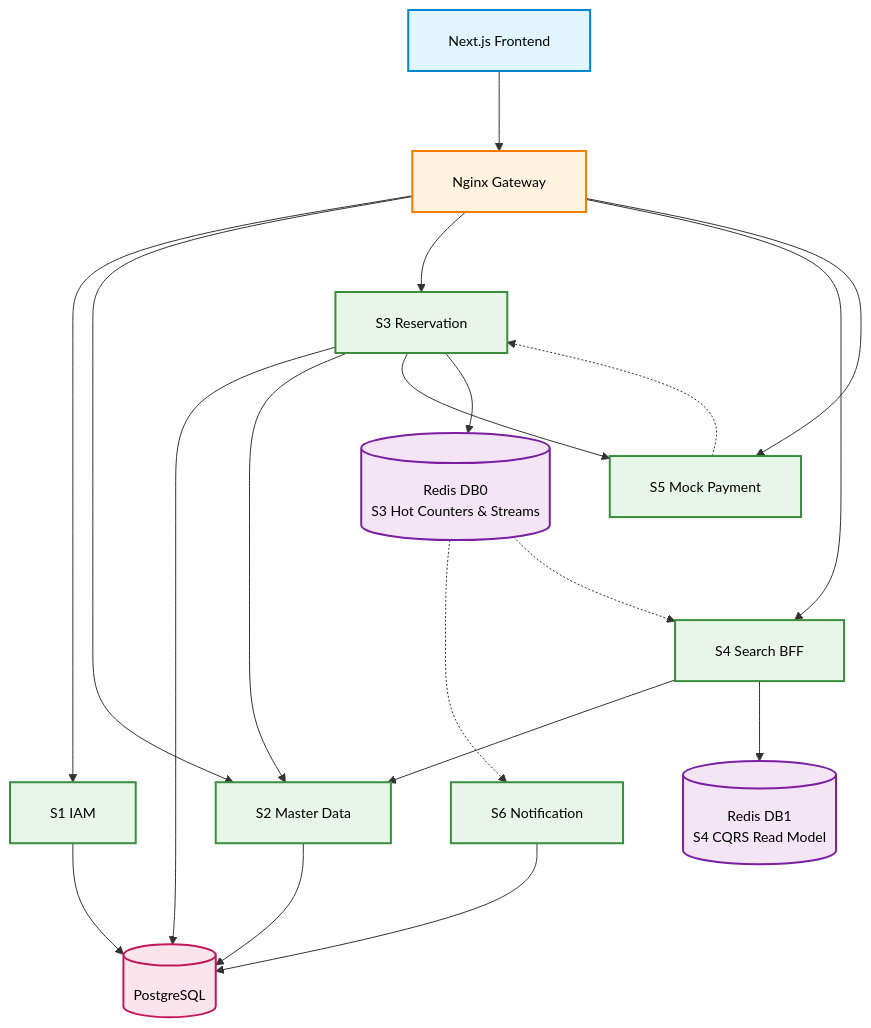
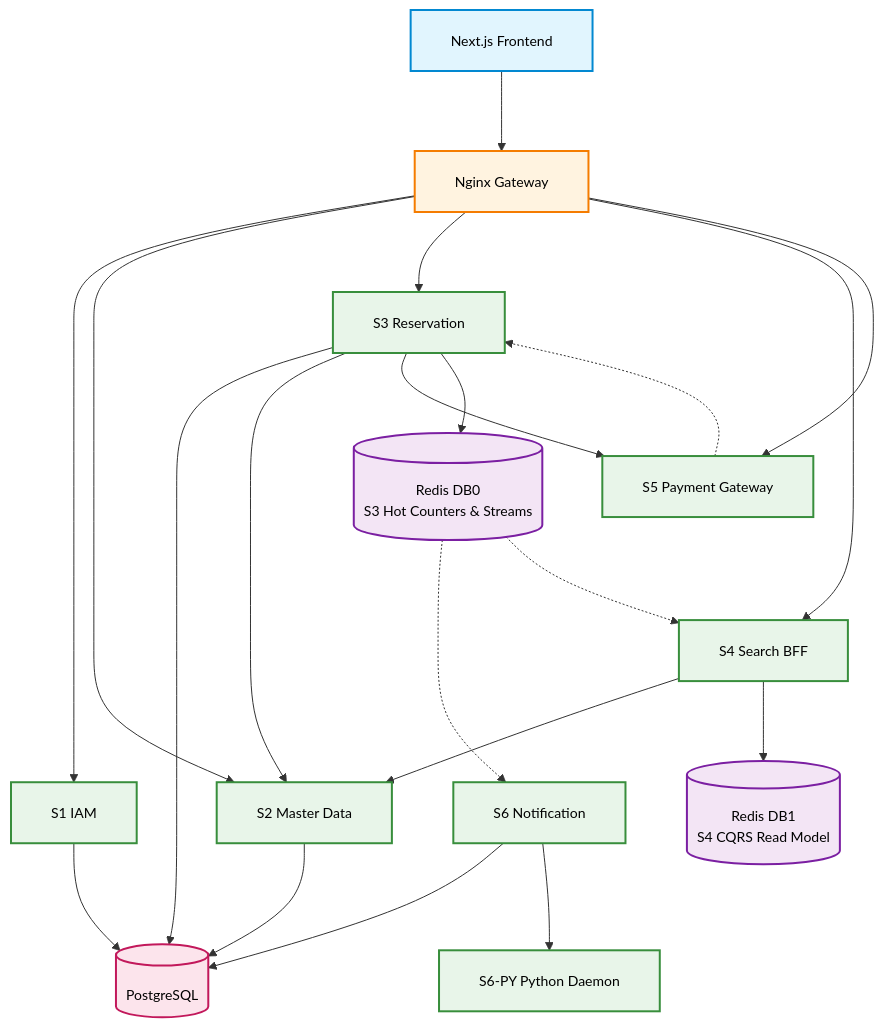
The second of 2 diagrams in docs/phase-1-foundation/wave-2-architecture/SRIS-P1-ARCH-016_ServiceRegistryAndCatalog.md (koushaljhacs/sris), drawn with Mermaid before and after one commit. The commit also changed other lines of this file, not shown here.

````diff
--- a/docs/phase-1-foundation/wave-2-architecture/SRIS-P1-ARCH-016_ServiceRegistryAndCatalog.md
+++ b/docs/phase-1-foundation/wave-2-architecture/SRIS-P1-ARCH-016_ServiceRegistryAndCatalog.md
@@ -340,57 +373,59 @@
 ```mermaid
 %%{init: {
   "flowchart": {
     "nodeSpacing": 60,
     "rankSpacing": 80,
     "padding": 20,
     "curve": "basis",
     "htmlLabels": true
   },
   "themeVariables": {
     "fontSize": "14px",
     "fontFamily": "Segoe UI, Arial, sans-serif"
   }
 }}%%
 flowchart TD
     classDef client fill:#E1F5FE,stroke:#0288D1,stroke-width:2px,color:#000;
     classDef gateway fill:#FFF3E0,stroke:#F57C00,stroke-width:2px,color:#000;
     classDef service fill:#E8F5E9,stroke:#388E3C,stroke-width:2px,color:#000;
     classDef db fill:#FCE4EC,stroke:#C2185B,stroke-width:2px,color:#000;
     classDef stream fill:#F3E5F5,stroke:#7B1FA2,stroke-width:2px,color:#000;
 
     Frontend["Next.js Frontend"]:::client
     Nginx["Nginx Gateway"]:::gateway
 
     S1["S1 IAM"]:::service
     S2["S2 Master Data"]:::service
     S3["S3 Reservation"]:::service
     S4["S4 Search BFF"]:::service
-    S5["S5 Mock Payment"]:::service
+    S5["S5 Payment Gateway"]:::service
     S6["S6 Notification"]:::service
+    S6PY["S6-PY Python Daemon"]:::service
 
     PG[("PostgreSQL")]:::db
     RedisDB0[("Redis DB0<br/>S3 Hot Counters & Streams")]:::stream
     RedisDB1[("Redis DB1<br/>S4 CQRS Read Model")]:::stream
 
     Frontend --> Nginx
     Nginx --> S1
     Nginx --> S2
     Nginx --> S3
     Nginx --> S4
     Nginx --> S5
 
     S1 --> PG
     S2 --> PG
     S3 --> PG
     S6 --> PG
 
     S4 --> S2
     S3 --> S2
     S3 --> S5
     S5 -.-> S3
 
     S3 --> RedisDB0
     RedisDB0 -.-> S6
     RedisDB0 -.-> S4
     S4 --> RedisDB1
+    S6 --> S6PY
 ```
````
